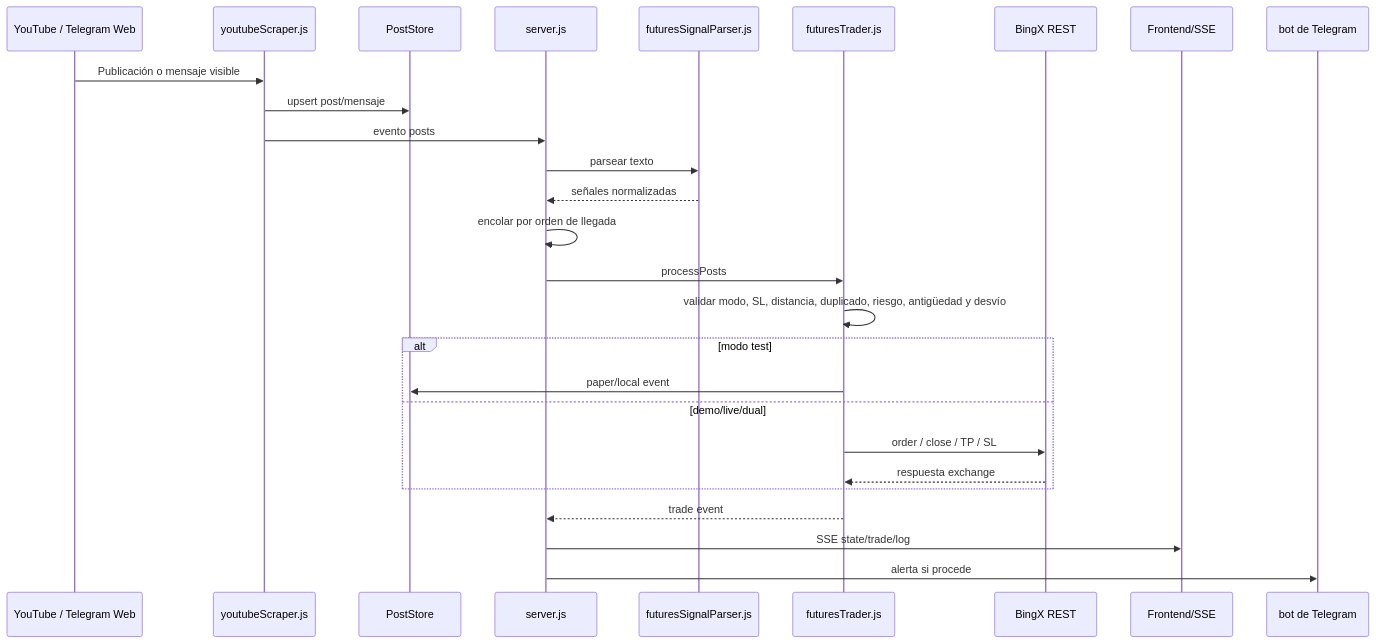
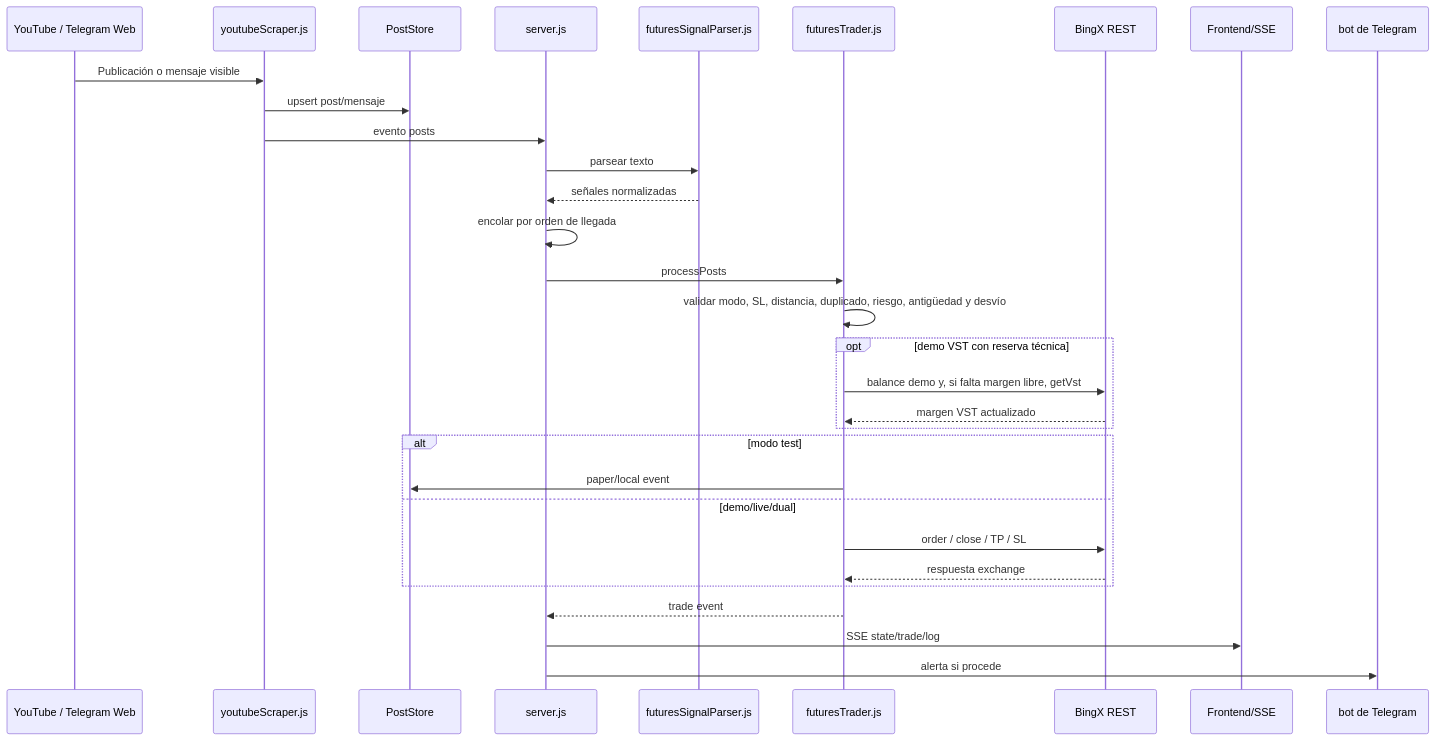
Before and after one commit to JotaTerrasa/yt-members-signal-trader: the second of 3 diagrams in docs/ARCHITECTURE.md, drawn with Mermaid. The commit also changed other lines of this file and 4 other files, not shown here.

````diff
--- a/docs/ARCHITECTURE.md
+++ b/docs/ARCHITECTURE.md
@@ -52,30 +52,34 @@
 ```mermaid
 sequenceDiagram
   participant Source as YouTube / Telegram Web
   participant Scraper as youtubeScraper.js
   participant Store as PostStore
   participant Server as server.js
   participant Parser as futuresSignalParser.js
   participant Trader as futuresTrader.js
   participant BingX as BingX REST
   participant UI as Frontend/SSE
   participant Bot as bot de Telegram
 
   Source->>Scraper: Publicación o mensaje visible
   Scraper->>Store: upsert post/mensaje
   Scraper->>Server: evento posts
   Server->>Parser: parsear texto
   Parser-->>Server: señales normalizadas
   Server->>Server: encolar por orden de llegada
   Server->>Trader: processPosts
   Trader->>Trader: validar modo, SL, distancia, duplicado, riesgo, antigüedad y desvío
+  opt demo VST con reserva técnica
+    Trader->>BingX: balance demo y, si falta margen libre, getVst
+    BingX-->>Trader: margen VST actualizado
+  end
   alt modo test
     Trader->>Store: paper/local event
   else demo/live/dual
     Trader->>BingX: order / close / TP / SL
     BingX-->>Trader: respuesta exchange
   end
   Trader-->>Server: trade event
   Server->>UI: SSE state/trade/log
   Server->>Bot: alerta si procede
 ```
````
